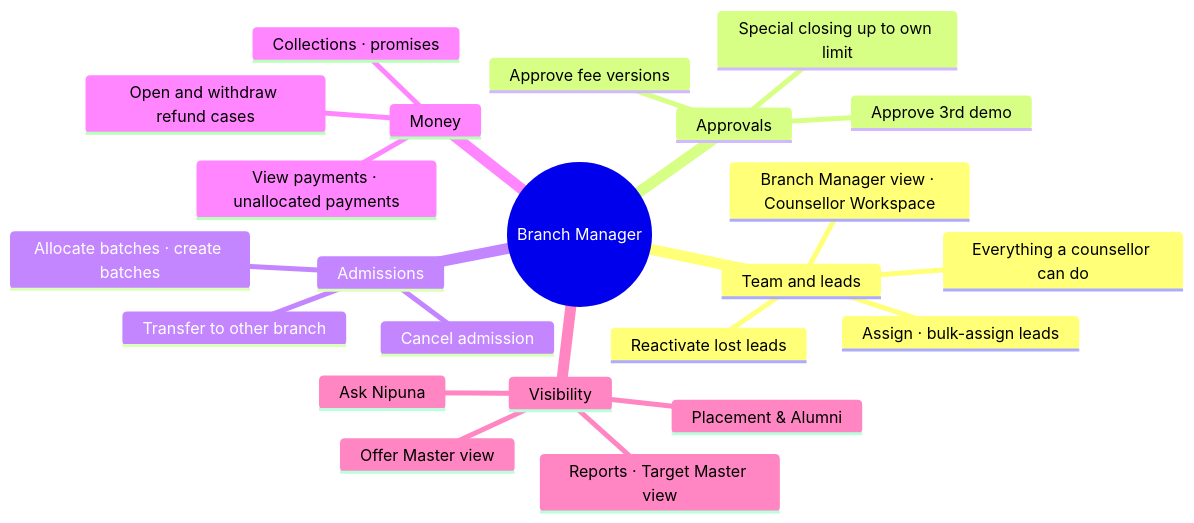
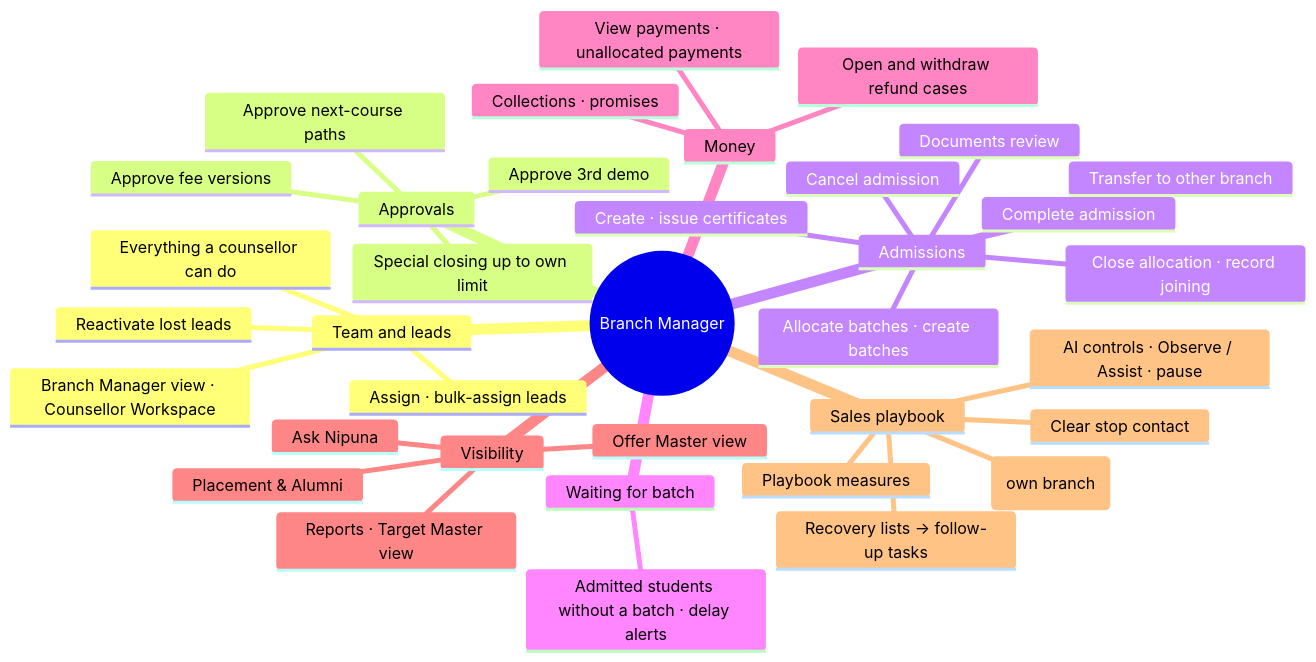
One commit to misterpk-18/nipunacrm changed the sixth of 18 diagrams in docs/PRODUCT_GUIDE.md. Above: the diagram before and after it, drawn with Mermaid. The commit also changed other lines of this file and 339 other files, not shown here.

````diff
--- a/docs/PRODUCT_GUIDE.md
+++ b/docs/PRODUCT_GUIDE.md
@@ -486,26 +570,39 @@
 ```mermaid
 mindmap
   root(("Branch Manager"))
     Team and leads
       Assign · bulk-assign leads
       Reactivate lost leads
       Everything a counsellor can do
       Branch Manager view · Counsellor Workspace
     Approvals
       Special closing up to own limit
       Approve fee versions
       Approve 3rd demo
+      Approve next-course paths
     Admissions
       Cancel admission
       Transfer to other branch
       Allocate batches · create batches
+      Close allocation · record joining
+      Complete admission
+      Create · issue certificates
+      Documents review
+    Waiting for batch
+      Admitted students without a batch · delay alerts
     Money
       View payments · unallocated payments
       Collections · promises
       Open and withdraw refund cases
     Visibility
       Reports · Target Master view
       Offer Master view
       Ask Nipuna
       Placement & Alumni
+    Sales playbook
+      Approve knowledge · templates (own branch)
+      AI controls · Observe / Assist · pause
+      Recovery lists → follow-up tasks
+      Playbook measures
+      Clear stop contact
 ```
````
